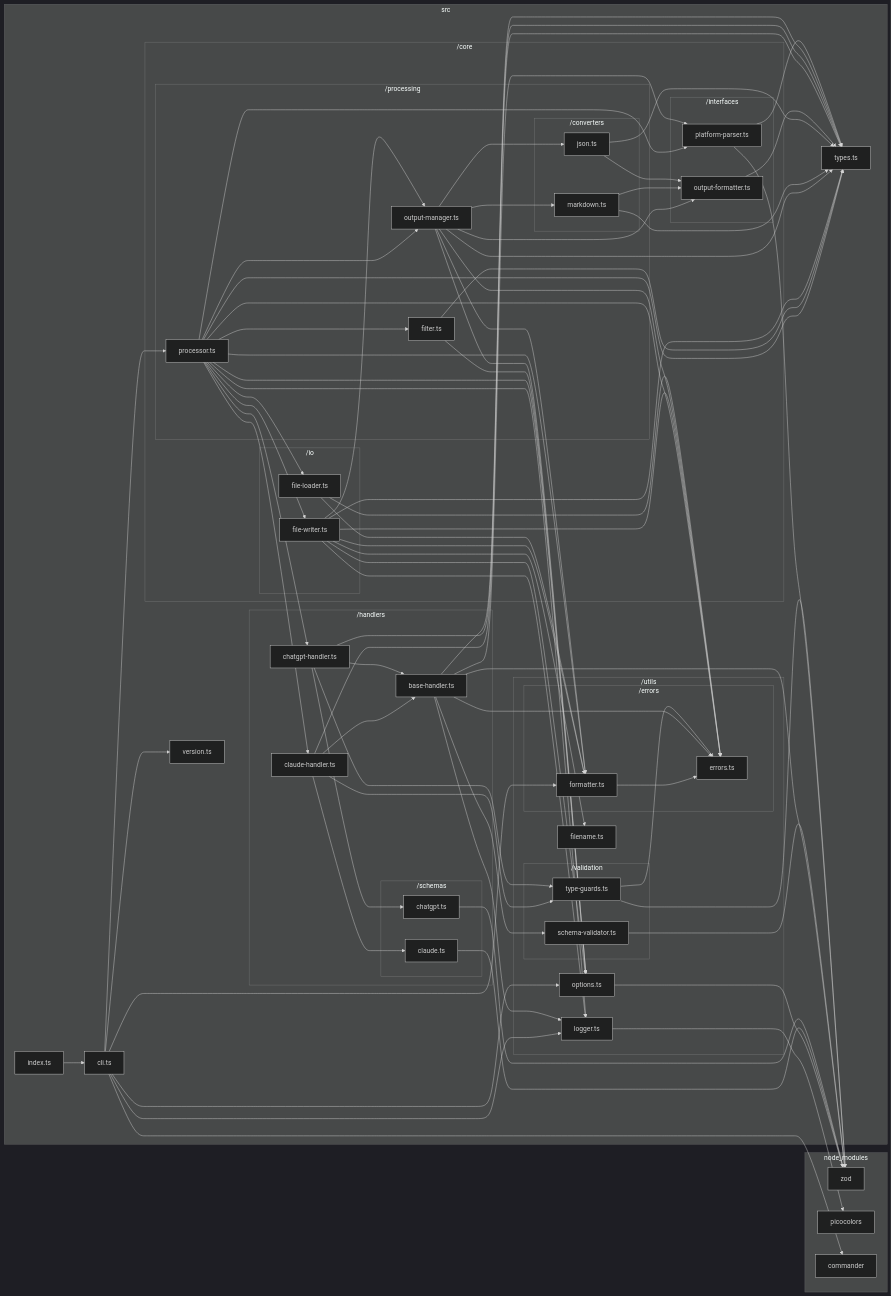
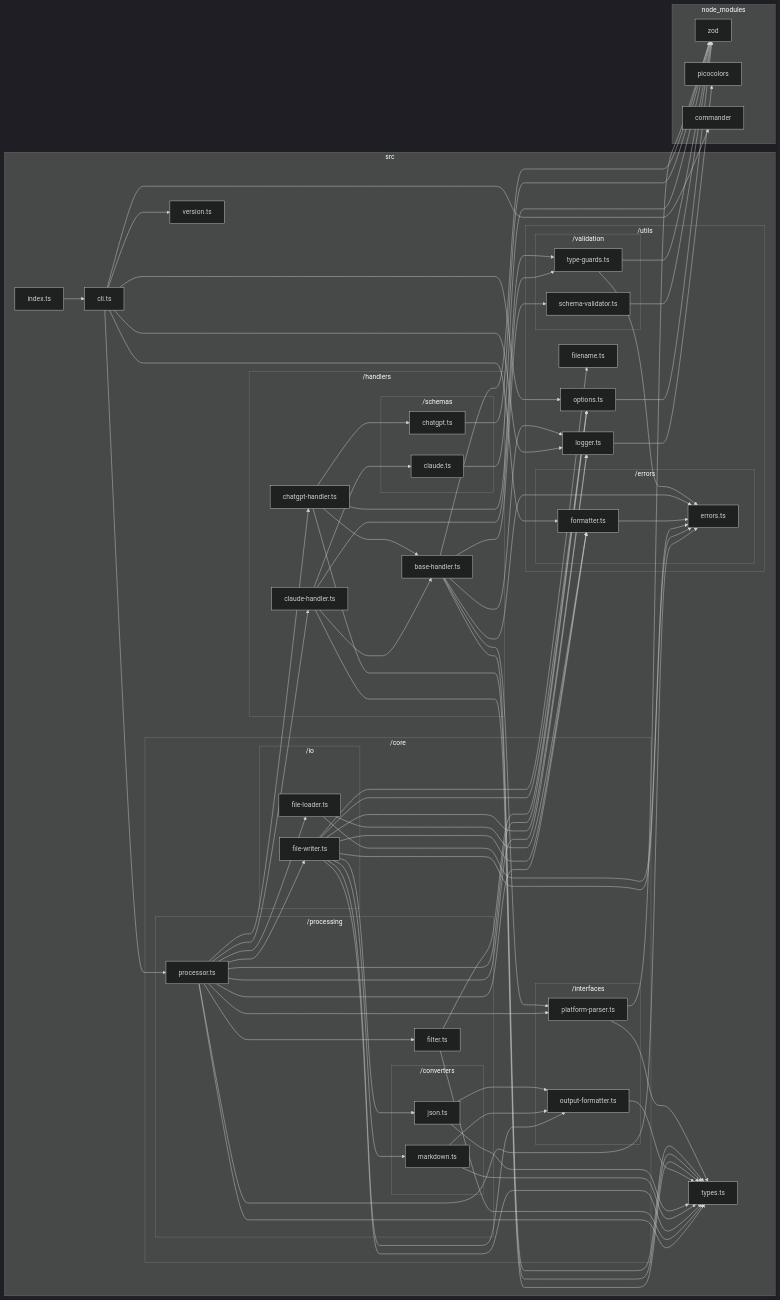
One commit to sugurutakahashi-1234/ai-chat-md-export changed the diagram in docs/dependency-graphs/typescript-graph.md. Above: the diagram before and after it, drawn with Mermaid (dark theme). The commit also changed 5 other files, not shown here.

First line of the commit message:
refactor: remove OutputManager and integrate formatters directly in FileWriter

```diff
--- a/docs/dependency-graphs/typescript-graph.md
+++ b/docs/dependency-graphs/typescript-graph.md
@@ -34,7 +34,6 @@
                 src/core/io/file//writer.ts["file-writer.ts"]
             end
             subgraph src/core/processing["/processing"]
-                src/core/processing/output//manager.ts["output-manager.ts"]
                 src/core/processing/filter.ts["filter.ts"]
                 src/core/processing/processor.ts["processor.ts"]
                 subgraph src/core/processing/converters["/converters"]
@@ -89,20 +88,15 @@
     src/core/processing/converters/json.ts-->src/core/interfaces/output//formatter.ts
     src/core/processing/converters/markdown.ts-->src/types.ts
     src/core/processing/converters/markdown.ts-->src/core/interfaces/output//formatter.ts
-    src/core/processing/output//manager.ts-->src/types.ts
-    src/core/processing/output//manager.ts-->src/utils/errors/errors.ts
-    src/core/processing/output//manager.ts-->src/utils/errors/formatter.ts
-    src/core/processing/output//manager.ts-->src/utils/options.ts
-    src/core/processing/output//manager.ts-->src/core/interfaces/output//formatter.ts
-    src/core/processing/output//manager.ts-->src/core/processing/converters/json.ts
-    src/core/processing/output//manager.ts-->src/core/processing/converters/markdown.ts
     src/core/io/file//writer.ts-->src/types.ts
     src/core/io/file//writer.ts-->src/utils/errors/errors.ts
     src/core/io/file//writer.ts-->src/utils/errors/formatter.ts
     src/core/io/file//writer.ts-->src/utils/filename.ts
     src/core/io/file//writer.ts-->src/utils/logger.ts
     src/core/io/file//writer.ts-->src/utils/options.ts
-    src/core/io/file//writer.ts-->src/core/processing/output//manager.ts
+    src/core/io/file//writer.ts-->src/core/interfaces/output//formatter.ts
+    src/core/io/file//writer.ts-->src/core/processing/converters/json.ts
+    src/core/io/file//writer.ts-->src/core/processing/converters/markdown.ts
     src/core/processing/filter.ts-->src/types.ts
     src/core/processing/filter.ts-->src/utils/options.ts
     src/core/processing/processor.ts-->src/handlers/chatgpt//handler.ts
@@ -116,7 +110,6 @@
     src/core/processing/processor.ts-->src/core/io/file//loader.ts
     src/core/processing/processor.ts-->src/core/io/file//writer.ts
     src/core/processing/processor.ts-->src/core/processing/filter.ts
-    src/core/processing/processor.ts-->src/core/processing/output//manager.ts
     src/cli.ts-->node//modules/commander/typings/index.d.ts
     src/cli.ts-->src/core/processing/processor.ts
     src/cli.ts-->src/utils/errors/formatter.ts
```
